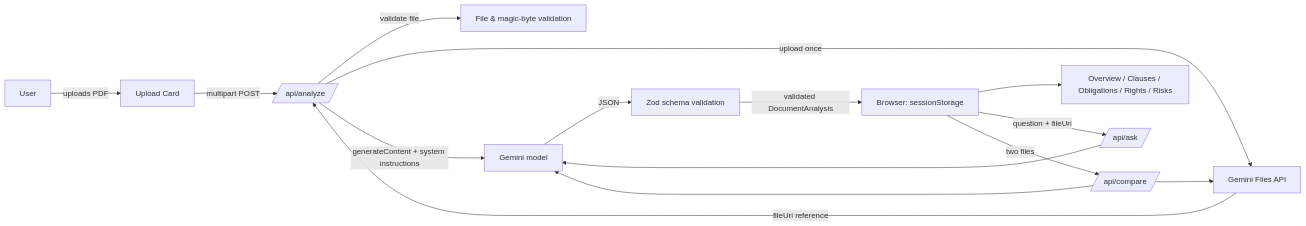
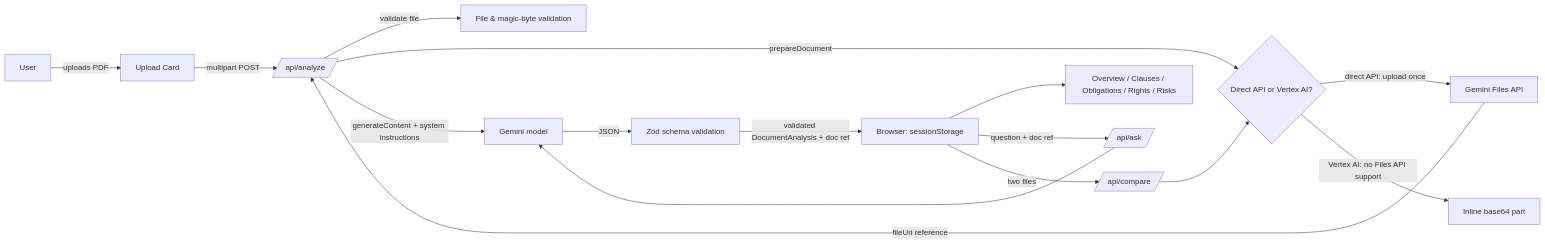
Before and after one commit to Abhishekkswamii/nyayalens: the diagram in README.md, drawn with Mermaid. The commit also changed other lines of this file and 14 other files, not shown here.

````diff
--- a/README.md
+++ b/README.md
@@ -42,17 +42,18 @@
 ```mermaid
 flowchart LR
     U[User] -->|uploads PDF| UP[Upload Card]
     UP -->|multipart POST| API1[/api/analyze/]
     API1 -->|validate file| VAL[File & magic-byte validation]
-    API1 -->|upload once| FILES[Gemini Files API]
+    API1 -->|prepareDocument| PREP{Direct API or Vertex AI?}
+    PREP -->|direct API: upload once| FILES[Gemini Files API]
+    PREP -->|Vertex AI: no Files API support| INLINE[Inline base64 part]
     FILES -->|fileUri reference| API1
     API1 -->|generateContent + system instructions| GEMINI[Gemini model]
     GEMINI -->|JSON| SCHEMA[Zod schema validation]
-    SCHEMA -->|validated DocumentAnalysis| CLIENT[Browser: sessionStorage]
+    SCHEMA -->|validated DocumentAnalysis + doc ref| CLIENT[Browser: sessionStorage]
     CLIENT --> OV[Overview / Clauses / Obligations / Rights / Risks]
-    CLIENT -->|question + fileUri| API2[/api/ask/]
+    CLIENT -->|question + doc ref| API2[/api/ask/]
     API2 --> GEMINI
     CLIENT -->|two files| API3[/api/compare/]
-    API3 --> FILES
-    API3 --> GEMINI
+    API3 --> PREP
 ```
````
